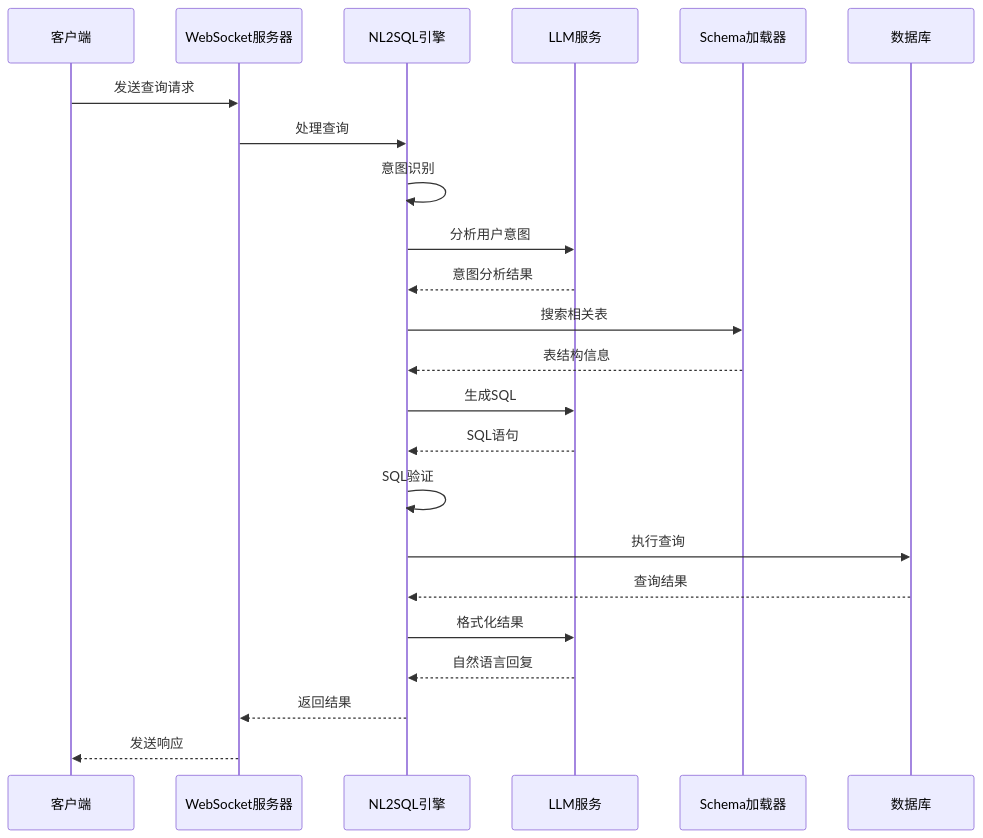
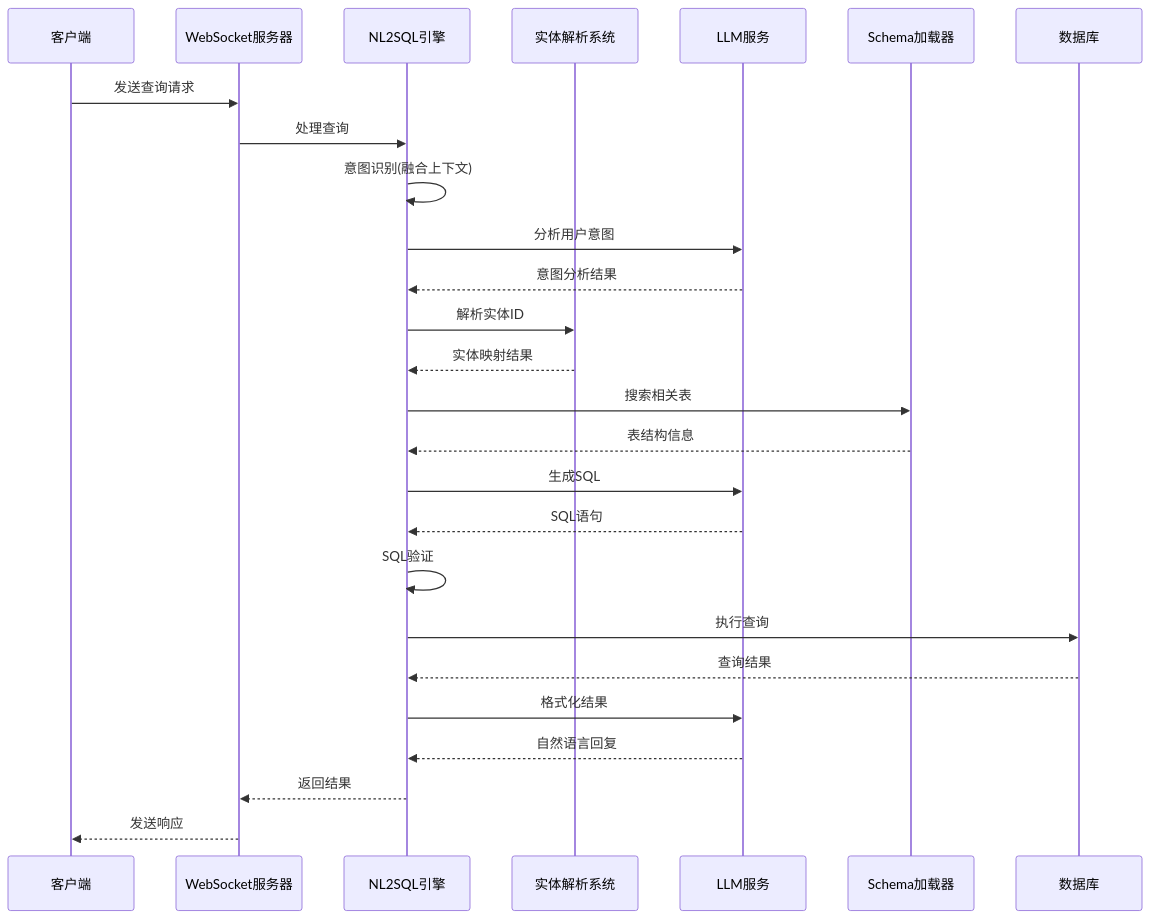
Before and after one commit to HanHuiOnLine/724-office: the third of 12 diagrams in .qoder/repowiki/zh/content/核心模块详解/NL2SQL自然语言到SQL系统.md, drawn with Mermaid. The commit also changed other lines of this file and 14 other files, not shown here.

````diff
--- a/.qoder/repowiki/zh/content/核心模块详解/NL2SQL自然语言到SQL系统.md
+++ b/.qoder/repowiki/zh/content/核心模块详解/NL2SQL自然语言到SQL系统.md
@@ -194,25 +228,28 @@
 ```mermaid
 sequenceDiagram
 participant Client as 客户端
 participant WS as WebSocket服务器
 participant Engine as NL2SQL引擎
+participant Entity as 实体解析系统
 participant LLM as LLM服务
 participant Schema as Schema加载器
 participant DB as 数据库
 Client->>WS : 发送查询请求
 WS->>Engine : 处理查询
-Engine->>Engine : 意图识别
+Engine->>Engine : 意图识别(融合上下文)
 Engine->>LLM : 分析用户意图
 LLM-->>Engine : 意图分析结果
+Engine->>Entity : 解析实体ID
+Entity-->>Engine : 实体映射结果
 Engine->>Schema : 搜索相关表
 Schema-->>Engine : 表结构信息
 Engine->>LLM : 生成SQL
 LLM-->>Engine : SQL语句
 Engine->>Engine : SQL验证
 Engine->>DB : 执行查询
 DB-->>Engine : 查询结果
 Engine->>LLM : 格式化结果
 LLM-->>Engine : 自然语言回复
 Engine-->>WS : 返回结果
 WS-->>Client : 发送响应
 ```
````
